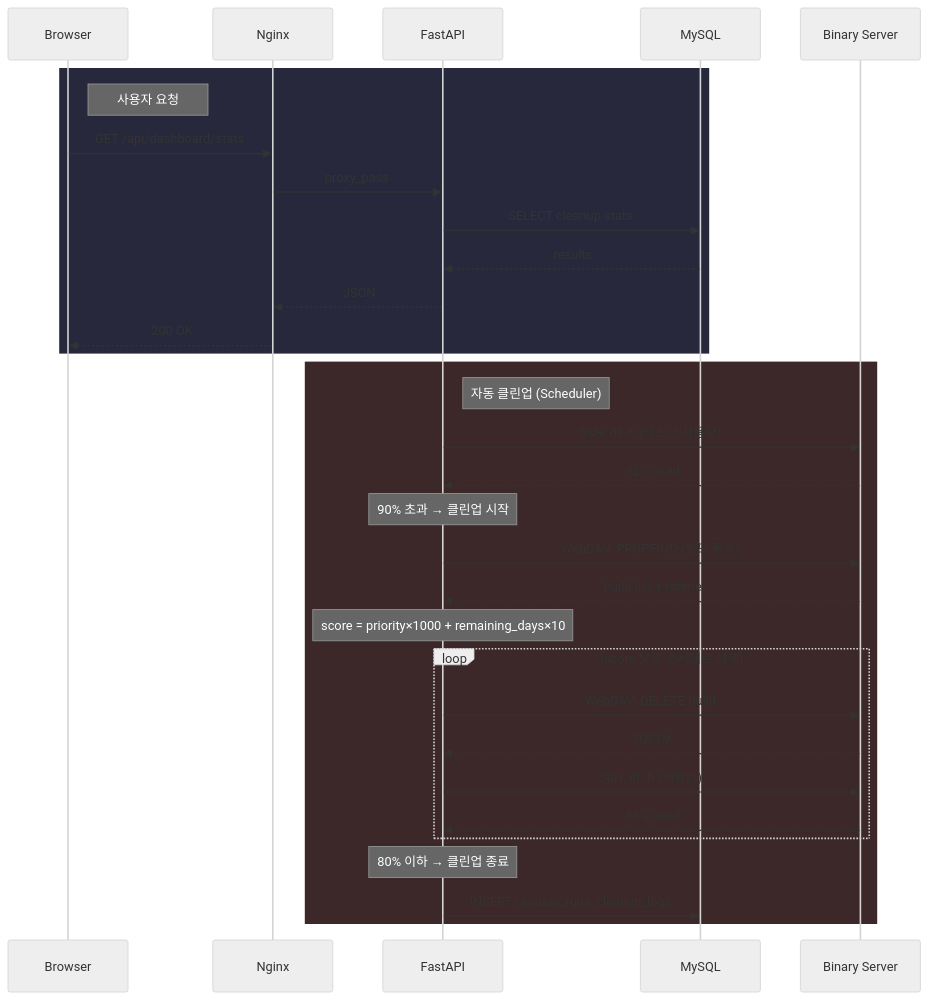
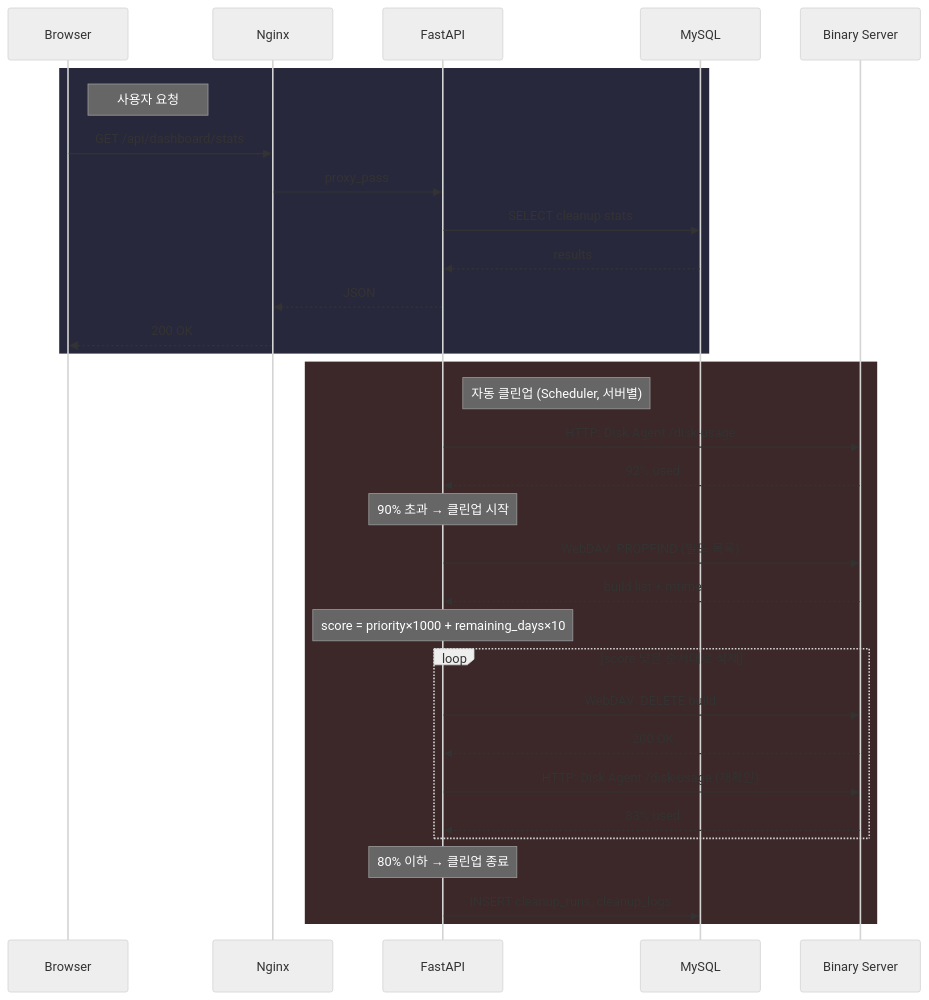
Before and after one commit to asarabi/binary-manager: the second of 2 diagrams in README.md, drawn with Mermaid (neutral theme). The commit also changed other lines of this file and 1 other file, not shown here.

First line of the commit message:
docs: Update documentation for WebDAV + Disk Agent architecture

````diff
--- a/README.md
+++ b/README.md
@@ -61,36 +67,36 @@
 ```mermaid
 sequenceDiagram
     participant B as Browser
     participant N as Nginx
     participant F as FastAPI
     participant DB as MySQL
     participant S as Binary Server
 
     rect rgb(40, 40, 60)
         Note right of B: 사용자 요청
         B->>N: GET /api/dashboard/stats
         N->>F: proxy_pass
         F->>DB: SELECT cleanup stats
         DB-->>F: results
         F-->>N: JSON
         N-->>B: 200 OK
     end
 
     rect rgb(60, 40, 40)
-        Note right of F: 자동 클린업 (Scheduler)
-        F->>S: SSH: df -h (디스크 사용량)
+        Note right of F: 자동 클린업 (Scheduler, 서버별)
+        F->>S: HTTP: Disk Agent /disk-usage
         S-->>F: 92% used
         Note over F: 90% 초과 → 클린업 시작
         F->>S: WebDAV: PROPFIND (빌드 목록)
         S-->>F: build list + mtime
         Note over F: score = priority×1000 + remaining_days×10
         loop score 낮은 순서대로 삭제
             F->>S: WebDAV: DELETE build
             S-->>F: 200 OK
-            F->>S: SSH: df -h (재확인)
+            F->>S: HTTP: Disk Agent /disk-usage (재확인)
             S-->>F: 83% used
         end
         Note over F: 80% 이하 → 클린업 종료
         F->>DB: INSERT cleanup_runs, cleanup_logs
     end
 ```
````
